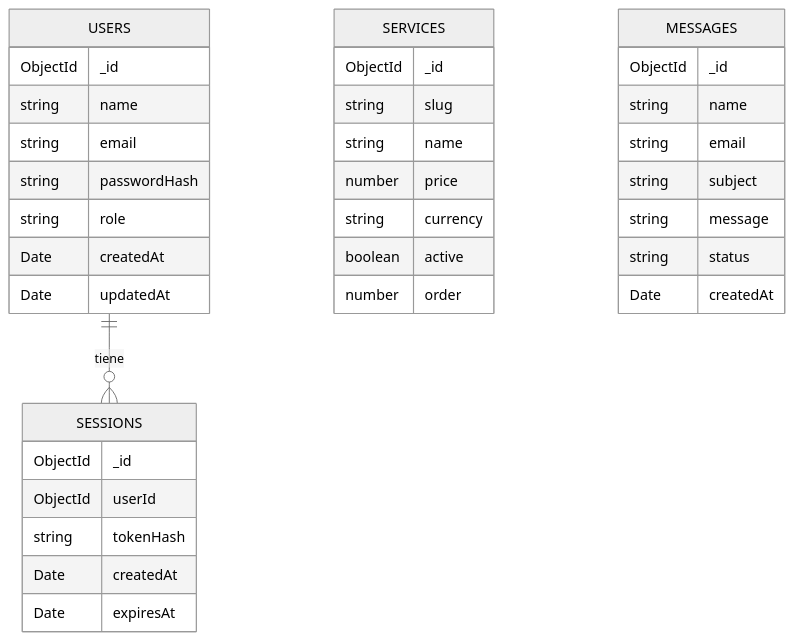
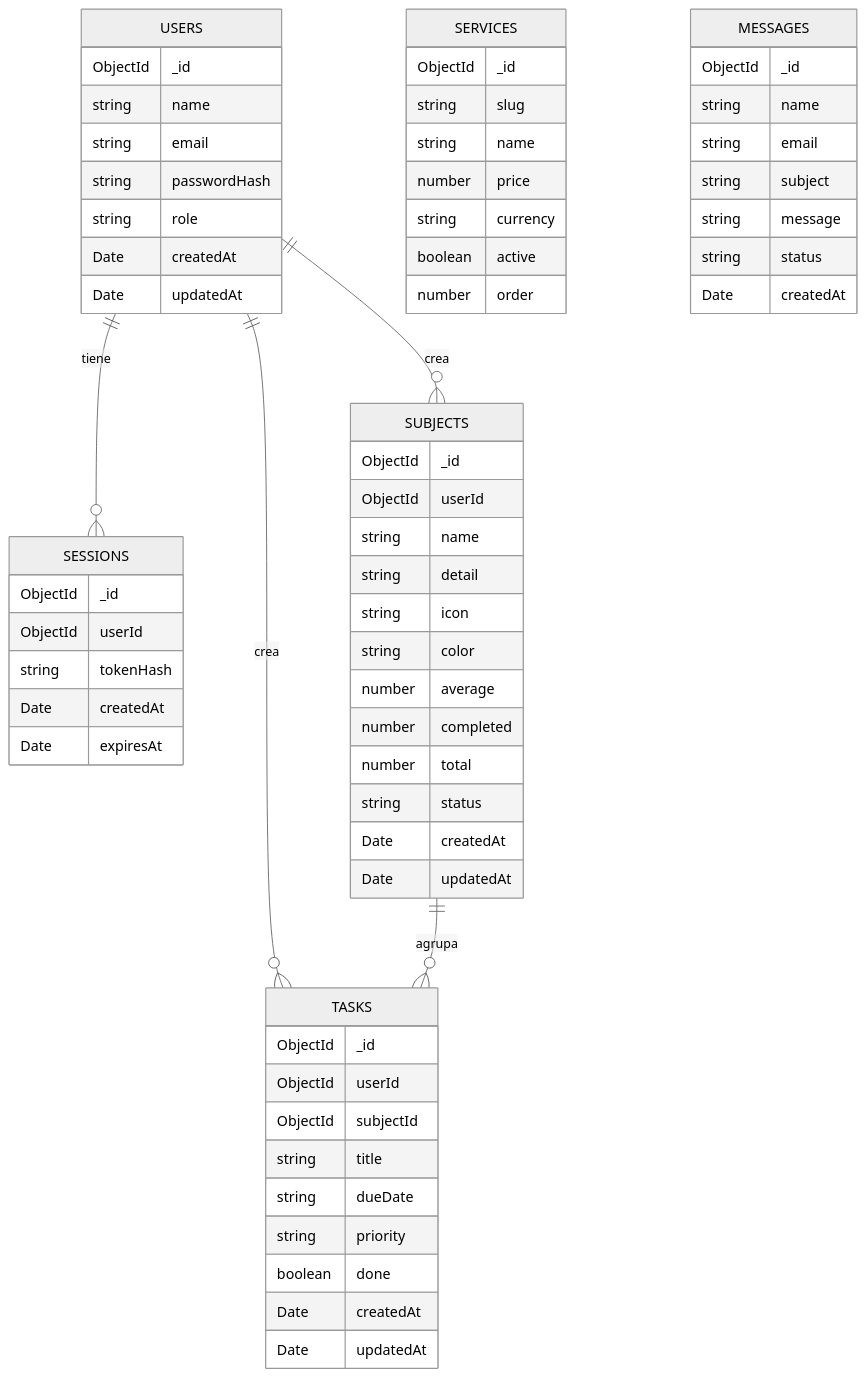
The diagram in docs/base-de-datos.md (Daikiri-Alter-Account/Kiday-Academy), drawn with Mermaid (neutral theme) before and after one commit. The commit also changed other lines of this file and 10 other files, not shown here.

Commit message:
feat: enhance workspace management with subjects and tasks

````diff
--- a/docs/base-de-datos.md
+++ b/docs/base-de-datos.md
@@ -7,38 +7,66 @@
 ```mermaid
 erDiagram
     USERS ||--o{ SESSIONS : "tiene"
+    USERS ||--o{ SUBJECTS : "crea"
+    USERS ||--o{ TASKS : "crea"
+    SUBJECTS ||--o{ TASKS : "agrupa"
     USERS {
         ObjectId _id
         string name
         string email
         string passwordHash
         string role
         Date createdAt
         Date updatedAt
     }
     SESSIONS {
         ObjectId _id
         ObjectId userId
         string tokenHash
         Date createdAt
         Date expiresAt
+    }
+    SUBJECTS {
+        ObjectId _id
+        ObjectId userId
+        string name
+        string detail
+        string icon
+        string color
+        number average
+        number completed
+        number total
+        string status
+        Date createdAt
+        Date updatedAt
+    }
+    TASKS {
+        ObjectId _id
+        ObjectId userId
+        ObjectId subjectId
+        string title
+        string dueDate
+        string priority
+        boolean done
+        Date createdAt
+        Date updatedAt
     }
     SERVICES {
         ObjectId _id
         string slug
         string name
         number price
         string currency
         boolean active
         number order
     }
     MESSAGES {
         ObjectId _id
         string name
         string email
         string subject
         string message
         string status
         Date createdAt
     }
 ```
````
